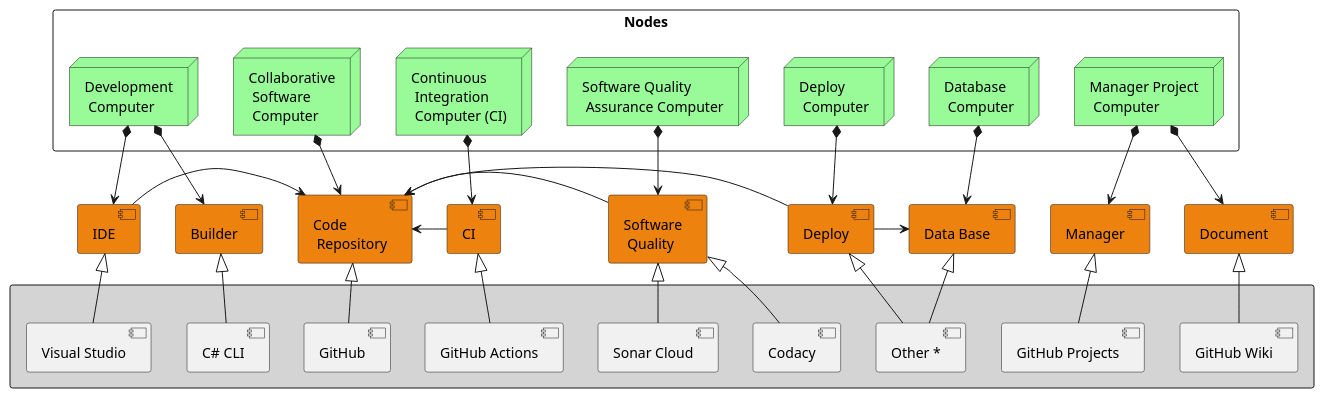
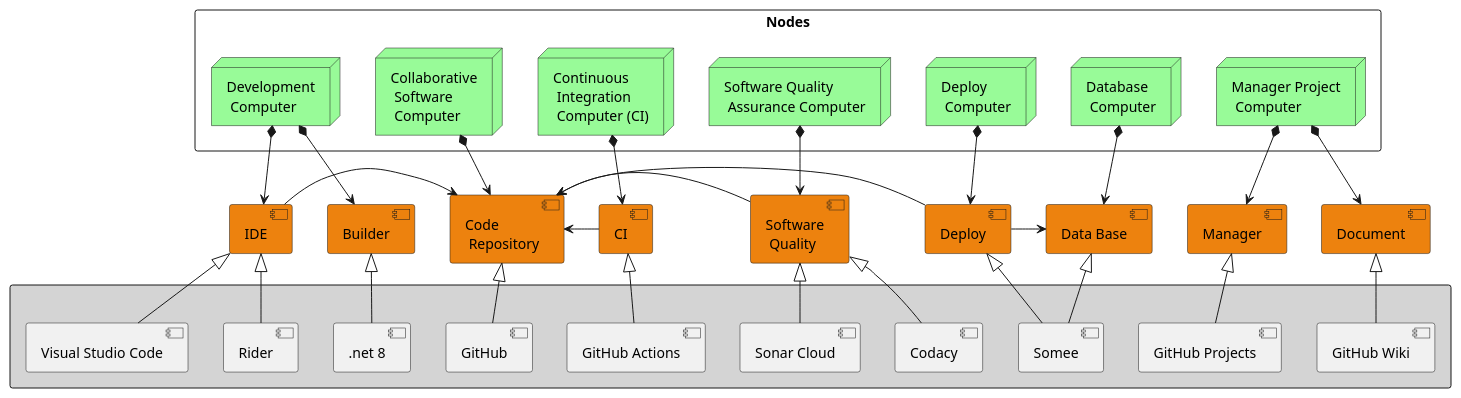
The diagram in ProcessView/Ecosystem/Ecosystem.puml (wsmcbl/wsmcbl.doc), drawn with PlantUML before and after one commit. The commit also changed 5 other files, not shown here.

First line of the commit message:
Feat: Update DataBase design.

```diff
--- a/ProcessView/Ecosystem/Ecosystem.puml
+++ b/ProcessView/Ecosystem/Ecosystem.puml
@@ -1,75 +1,77 @@
 @startuml
 'skinparam BackgroundColor transparent
 
 skinparam packageStyle rectangle
 skinparam node {
     BackgroundColor PaleGreen
 }
 
 package "Nodes" {
     node "Development\n Computer"
     node "Collaborative\n Software\n Computer"
     node "Continuous\n Integration\n Computer (CI)"
     node "Software Quality\n Assurance Computer"
     node "Deploy\n Computer"
     node "Database\n Computer"
     node "Manager Project\n Computer"
 }
 
 
 component Builder #ED820E
 component IDE #ED820E
 component "Code\n Repository" #ED820E
 component CI #ED820E
 component "Software\n Quality" #ED820E
 component Deploy #ED820E
 component "Data Base" #ED820E
 component Manager #ED820E
 component Document #ED820E
 
 
 package " " #D4D4D4 {
-    component "C# CLI"
-    component "Visual Studio"
+    component ".net 8"
+    component "Visual Studio Code"
+    component "Rider"
     component GitHub
     component "GitHub Actions"
     component "Sonar Cloud"
     component Codacy
-    component "Other *"
+    component "Somee"
     component "GitHub Wiki"
     component "GitHub Projects"
 }
 
 
 "Development\n Computer" *--> [Builder]
 "Development\n Computer" *--> [IDE]
 "Collaborative\n Software\n Computer" *-->[Code\n Repository]
 "Continuous\n Integration\n Computer (CI)" *--> [CI]
 "Software Quality\n Assurance Computer" *--> [Software\n Quality]
 "Deploy\n Computer" *--> [Deploy]
 "Database\n Computer" *--> [Data Base]
 "Manager Project\n Computer" *--> [Manager]
 "Manager Project\n Computer" *--> [Document]
 
 
 [IDE] -> [Code\n Repository]
 [CI] -left-> [Code\n Repository]
 [Software\n Quality] -left-> [Code\n Repository]
 [Deploy] -left-> [Code\n Repository]
 [Deploy] -> [Data Base]
 
-[C# CLI] -up-|> [Builder]
-[Visual Studio] -up-|> [IDE]
+[.net 8] -up-|> [Builder]
+[Visual Studio Code] -up-|> [IDE]
+[Rider] -up-|> [IDE]
 [GitHub] -up-|> [Code\n Repository]
 [GitHub Actions] -up-|> [CI]
 [Sonar Cloud] -up-|> [Software\n Quality]
 [Codacy] -up-|> [Software\n Quality]
-[Other *] -up-|> [Deploy]
-[Other *] -up-|> [Data Base]
+[Somee] -up-|> [Deploy]
+[Somee] -up-|> [Data Base]
 [GitHub Projects] -up-|> [Manager]
 [GitHub Wiki] -up-|> [Document]
 
 '[GitHub Actions] ..> [Sonar Cloud]
 '[GitHub Actions] ..> [Railway]
 
 @enduml
```
